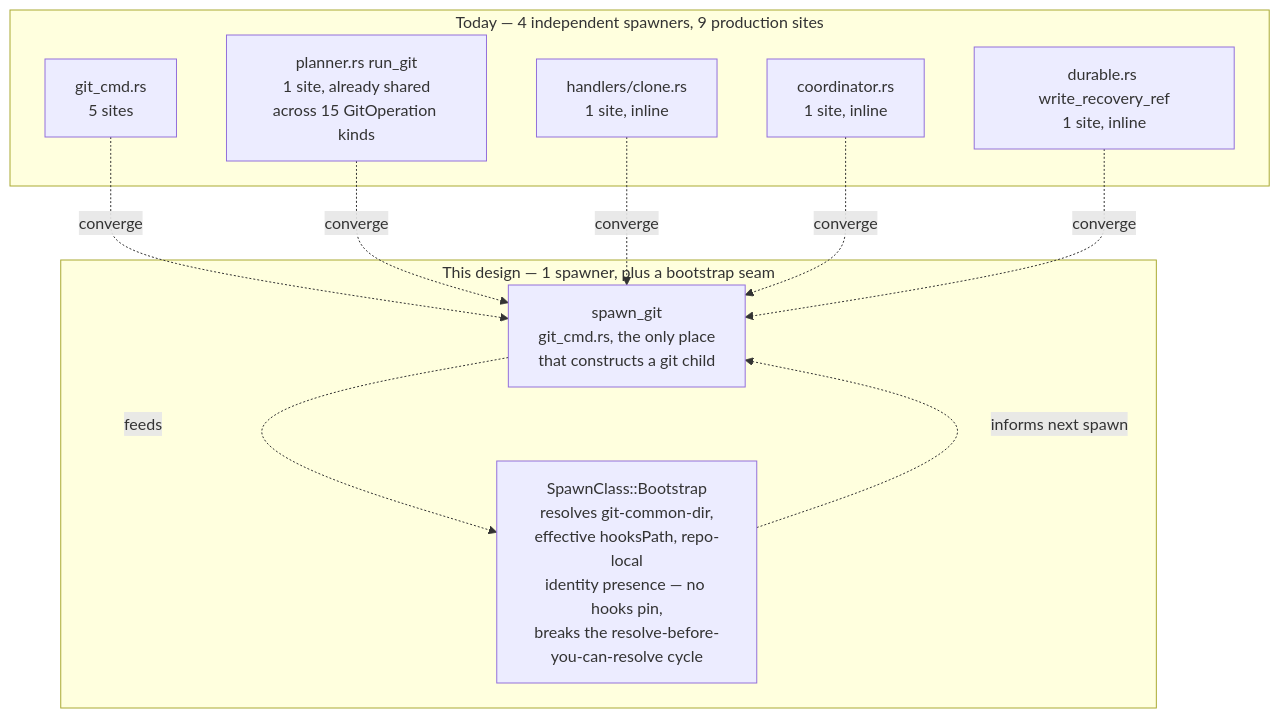
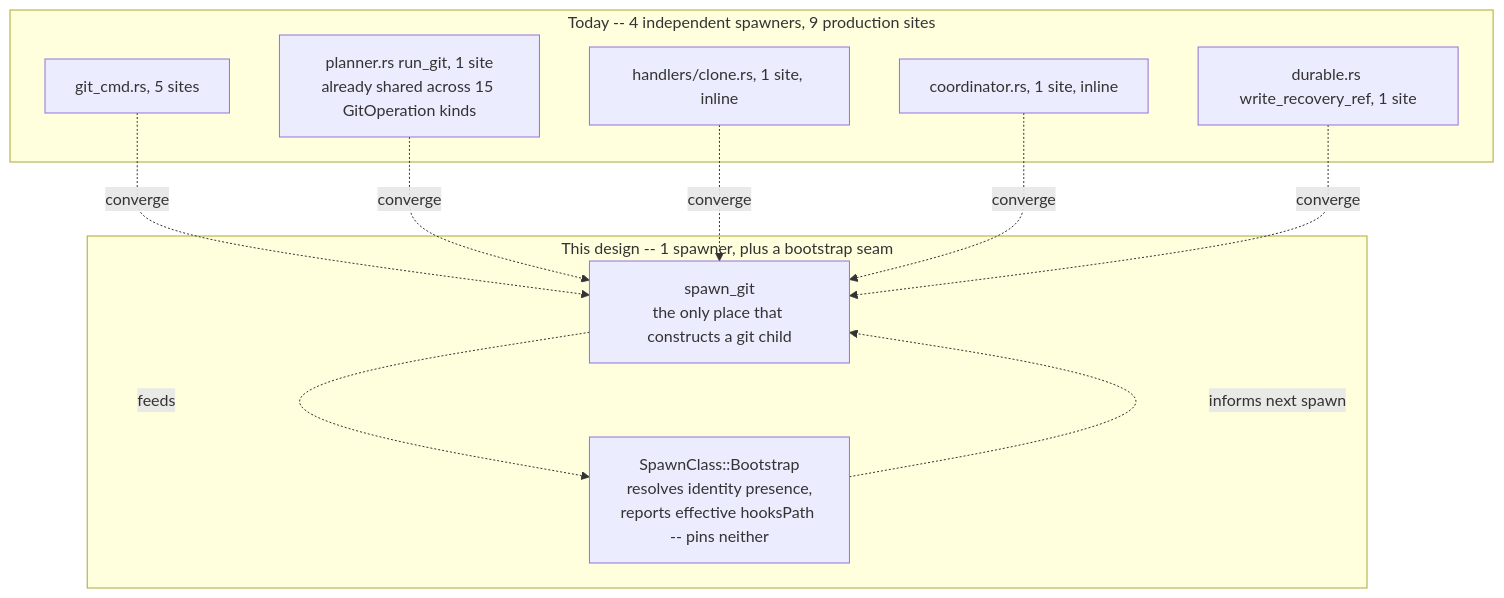
One commit to tom2025b/git-vista changed the first of 4 diagrams in docs/superpowers/specs/2026-07-27-m1.13-git-process-policy-design.md. Above: the diagram before and after it, drawn with Mermaid. The commit also changed other lines of this file, not shown here.

````diff
--- a/docs/superpowers/specs/2026-07-27-m1.13-git-process-policy-design.md
+++ b/docs/superpowers/specs/2026-07-27-m1.13-git-process-policy-design.md
@@ -94,21 +70,21 @@
 ```mermaid
 flowchart TD
-    subgraph today["Today — 4 independent spawners, 9 production sites"]
-        GC["git_cmd.rs<br/>5 sites"]
-        PL["planner.rs run_git<br/>1 site, already shared<br/>across 15 GitOperation kinds"]
-        CL["handlers/clone.rs<br/>1 site, inline"]
-        CO["coordinator.rs<br/>1 site, inline"]
-        DU["durable.rs write_recovery_ref<br/>1 site, inline"]
+    subgraph today["Today -- 4 independent spawners, 9 production sites"]
+        GC["git_cmd.rs, 5 sites"]
+        PL["planner.rs run_git, 1 site<br/>already shared across 15 GitOperation kinds"]
+        CL["handlers/clone.rs, 1 site, inline"]
+        CO["coordinator.rs, 1 site, inline"]
+        DU["durable.rs write_recovery_ref, 1 site"]
     end
-    subgraph after["This design — 1 spawner, plus a bootstrap seam"]
-        SP["spawn_git<br/>git_cmd.rs, the only place<br/>that constructs a git child"]
-        BS["SpawnClass::Bootstrap<br/>resolves git-common-dir,<br/>effective hooksPath, repo-local<br/>identity presence — no hooks pin,<br/>breaks the resolve-before-you-can-resolve cycle"]
+    subgraph after["This design -- 1 spawner, plus a bootstrap seam"]
+        SP["spawn_git<br/>the only place that constructs a git child"]
+        BS["SpawnClass::Bootstrap<br/>resolves identity presence,<br/>reports effective hooksPath -- pins neither"]
     end
     GC -.converge.-> SP
     PL -.converge.-> SP
     CL -.converge.-> SP
     CO -.converge.-> SP
     DU -.converge.-> SP
     SP -.feeds.-> BS
     BS -.informs next spawn.-> SP
 ```
````
